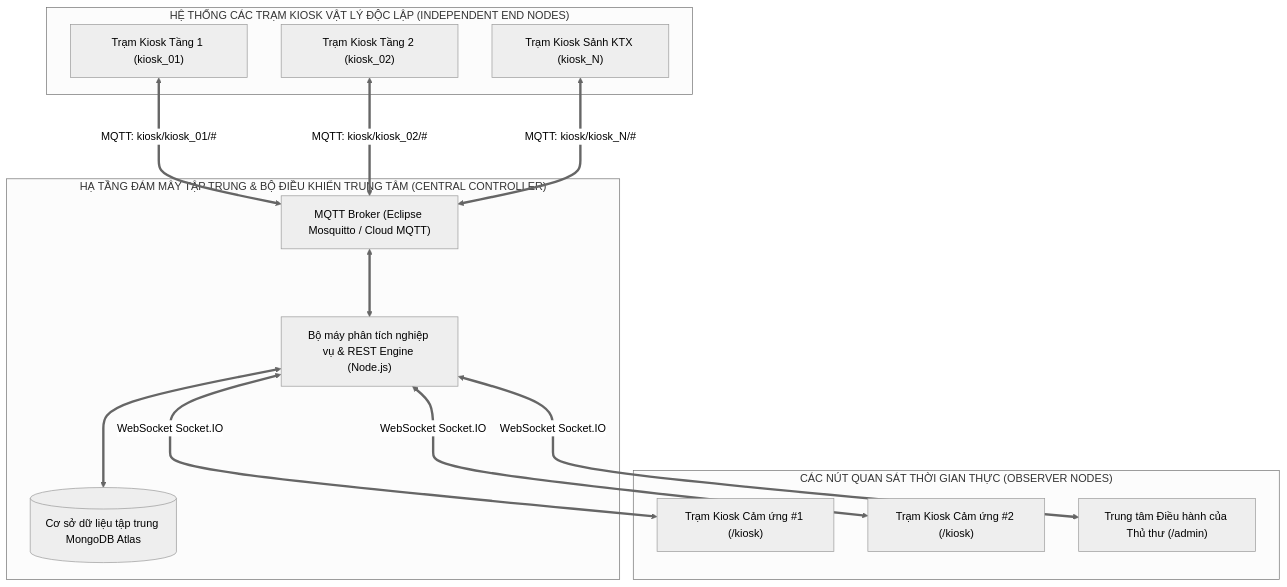
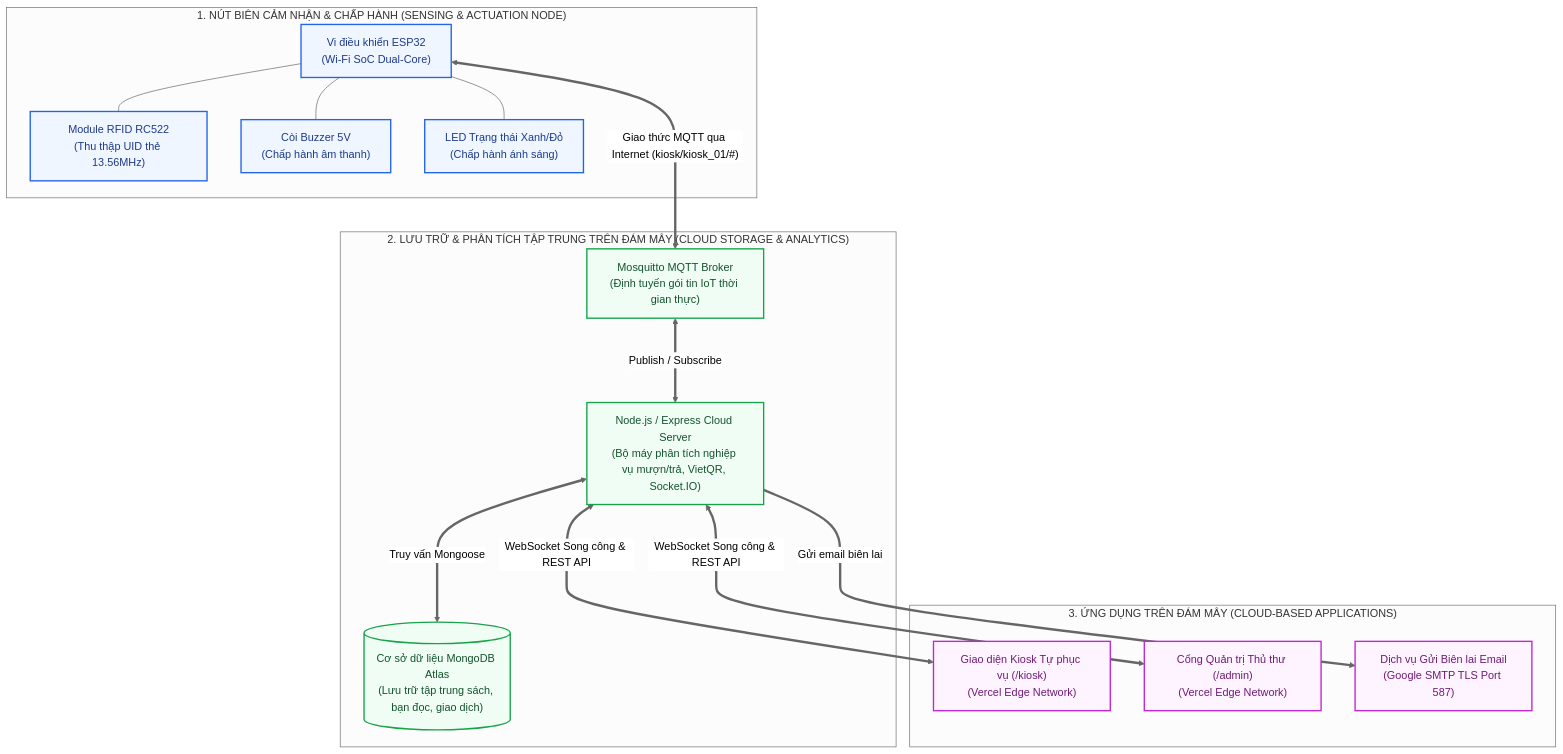
One commit to DaoDuyHai/btl_iot changed the seventh of 13 diagrams in kiosk.md. Above: the diagram before and after it, drawn with Mermaid (neutral theme). The commit also changed other lines of this file and 1 other file, not shown here.

Commit message:
docs: standardize and consolidate IoT Level 3 architecture across README and report

````diff
--- a/kiosk.md
+++ b/kiosk.md
@@ -571,30 +576,46 @@
 ```mermaid
 flowchart TB
-    subgraph CLOUD_CORE ["HẠ TẦNG ĐÁM MÂY TẬP TRUNG & BỘ ĐIỀU KHIỂN TRUNG TÂM (CENTRAL CONTROLLER)"]
-        BRK["MQTT Broker (Eclipse Mosquitto / Cloud MQTT)"]
-        ENG["Bộ máy phân tích nghiệp vụ & REST Engine (Node.js)"]
-        DAT[("Cơ sở dữ liệu tập trung MongoDB Atlas")]
-        BRK <===> ENG
-        ENG <===> DAT
+    %% NÚT BIÊN THIẾT BỊ
+    subgraph SENSING_NODE ["1. NÚT BIÊN CẢM NHẬN & CHẤP HÀNH (SENSING & ACTUATION NODE)"]
+        ESP32["Vi điều khiển ESP32<br/>(Wi-Fi SoC Dual-Core)"]
+        RC522["Module RFID RC522<br/>(Thu thập UID thẻ 13.56MHz)"]
+        BUZZER["Còi Buzzer 5V<br/>(Chấp hành âm thanh)"]
+        LED["LED Trạng thái Xanh/Đỏ<br/>(Chấp hành ánh sáng)"]
+        
+        ESP32 --- RC522
+        ESP32 --- BUZZER
+        ESP32 --- LED
     end
 
-    subgraph OBSERVERS ["CÁC NÚT QUAN SÁT THỜI GIAN THỰC (OBSERVER NODES)"]
-        O1["Trạm Kiosk Cảm ứng #1 (/kiosk)"]
-        O2["Trạm Kiosk Cảm ứng #2 (/kiosk)"]
-        OA["Trung tâm Điều hành của Thủ thư (/admin)"]
+    %% TẦNG ĐÁM MÂY LƯU TRỮ VÀ PHÂN TÍCH
+    subgraph CLOUD_ANALYTICS ["2. LƯU TRỮ & PHÂN TÍCH TẬP TRUNG TRÊN ĐÁM MÂY (CLOUD STORAGE & ANALYTICS)"]
+        BRK["Mosquitto MQTT Broker<br/>(Định tuyến gói tin IoT thời gian thực)"]
+        CLOUD_APP["Node.js / Express Cloud Server<br/>(Bộ máy phân tích nghiệp vụ mượn/trả, VietQR, Socket.IO)"]
+        DB[("Cơ sở dữ liệu MongoDB Atlas<br/>(Lưu trữ tập trung sách, bạn đọc, giao dịch)")]
+        
+        BRK <===>|"Publish / Subscribe"| CLOUD_APP
+        CLOUD_APP <===>|"Truy vấn Mongoose"| DB
     end
 
-    subgraph EDGES ["HỆ THỐNG CÁC TRẠM KIOSK VẬT LÝ ĐỘC LẬP (INDEPENDENT END NODES)"]
-        N1["Trạm Kiosk Tầng 1 (kiosk_01)"]
-        N2["Trạm Kiosk Tầng 2 (kiosk_02)"]
-        NN["Trạm Kiosk Sảnh KTX (kiosk_N)"]
+    %% ỨNG DỤNG ĐÁM MÂY
+    subgraph CLOUD_APPLICATIONS ["3. ỨNG DỤNG TRÊN ĐÁM MÂY (CLOUD-BASED APPLICATIONS)"]
+        UI_KIOSK["Giao diện Kiosk Tự phục vụ (/kiosk)<br/>(Vercel Edge Network)"]
+        UI_ADMIN["Cổng Quản trị Thủ thư (/admin)<br/>(Vercel Edge Network)"]
+        SMTP_SERVICE["Dịch vụ Gửi Biên lai Email<br/>(Google SMTP TLS Port 587)"]
+        
+        CLOUD_APP <===>|"WebSocket Song công & REST API"| UI_KIOSK
+        CLOUD_APP <===>|"WebSocket Song công & REST API"| UI_ADMIN
+        CLOUD_APP ===>|"Gửi email biên lai"| SMTP_SERVICE
     end
 
-    N1 <===>|"MQTT: kiosk/kiosk_01/#"| BRK
-    N2 <===>|"MQTT: kiosk/kiosk_02/#"| BRK
-    NN <===>|"MQTT: kiosk/kiosk_N/#"| BRK
+    %% Giao tiếp giữa Nút biên và Đám mây
+    ESP32 <===>|"Giao thức MQTT qua Internet (kiosk/kiosk_01/#)"| BRK
 
-    ENG <===>|"WebSocket Socket.IO"| O1
-    ENG <===>|"WebSocket Socket.IO"| O2
-    ENG <===>|"WebSocket Socket.IO"| OA
+    classDef edgeBox fill:#eff6ff,stroke:#2563eb,stroke-width:2px,color:#1e3a8a;
+    classDef cloudBox fill:#f0fdf4,stroke:#16a34a,stroke-width:2px,color:#14532d;
+    classDef appBox fill:#fdf4ff,stroke:#c026d3,stroke-width:2px,color:#701a75;
+
+    class ESP32,RC522,BUZZER,LED edgeBox;
+    class BRK,CLOUD_APP,DB cloudBox;
+    class UI_KIOSK,UI_ADMIN,SMTP_SERVICE appBox;
 ```
````
